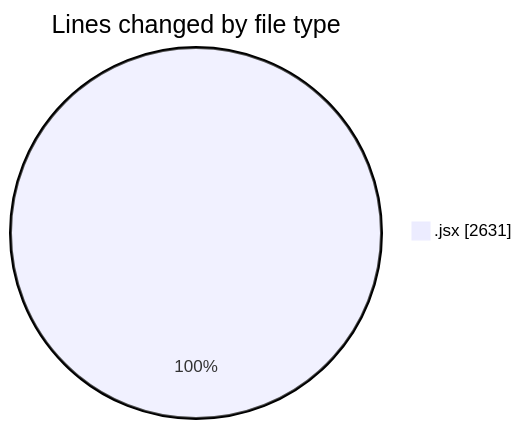
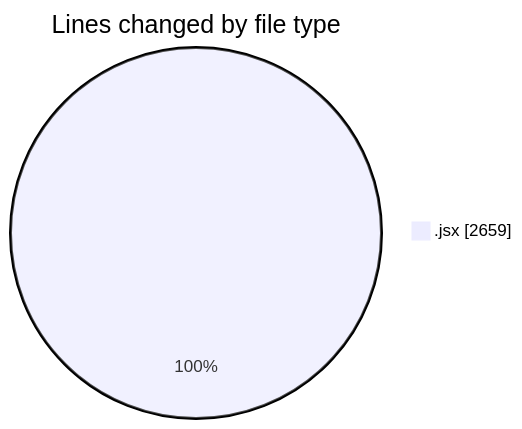
One commit to nxtqubesakshisongat/code-tracking changed the first of 2 diagrams in 2025-05-27/nxtqube_webapp/README.md. Above: the diagram before and after it, drawn with Mermaid. The commit also changed other lines of this file and 1 other file, not shown here.

````diff
--- a/2025-05-27/nxtqube_webapp/README.md
+++ b/2025-05-27/nxtqube_webapp/README.md
@@ -22,5 +22,5 @@
 ```mermaid
 pie showData
 title Lines changed by file type
-".jsx" : 2631
+".jsx" : 2659
 ```
````
